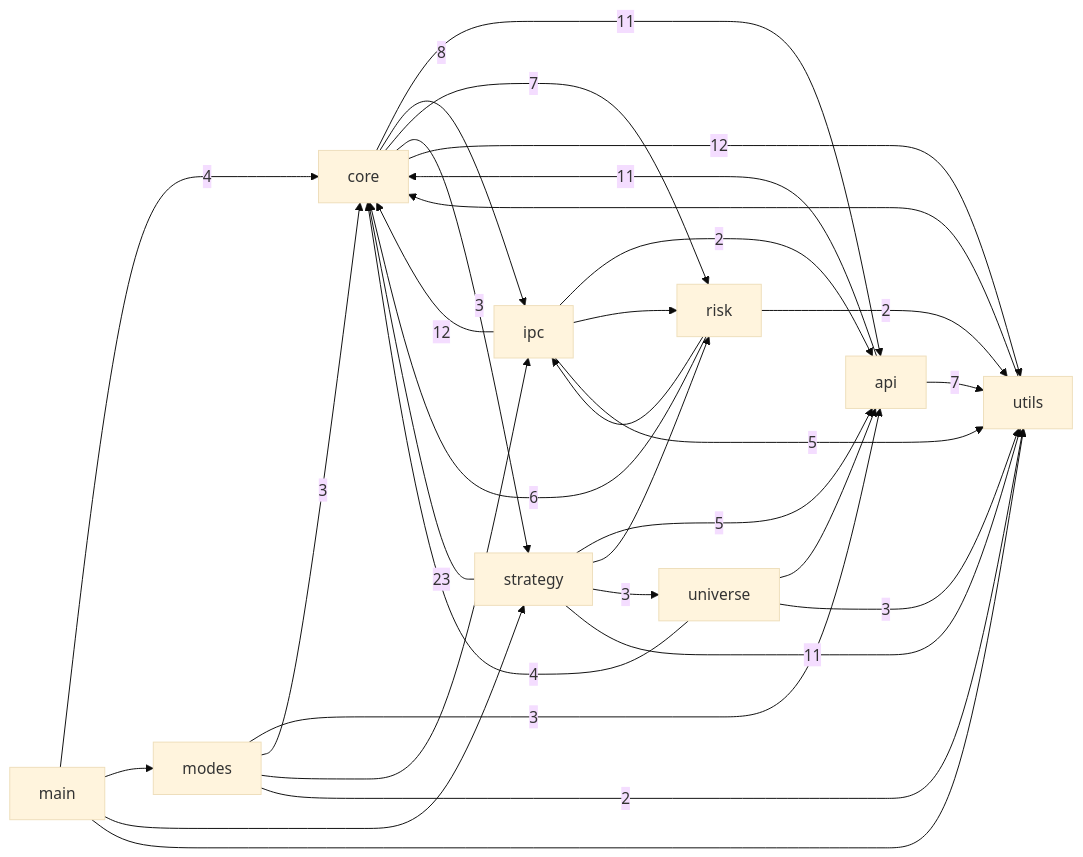
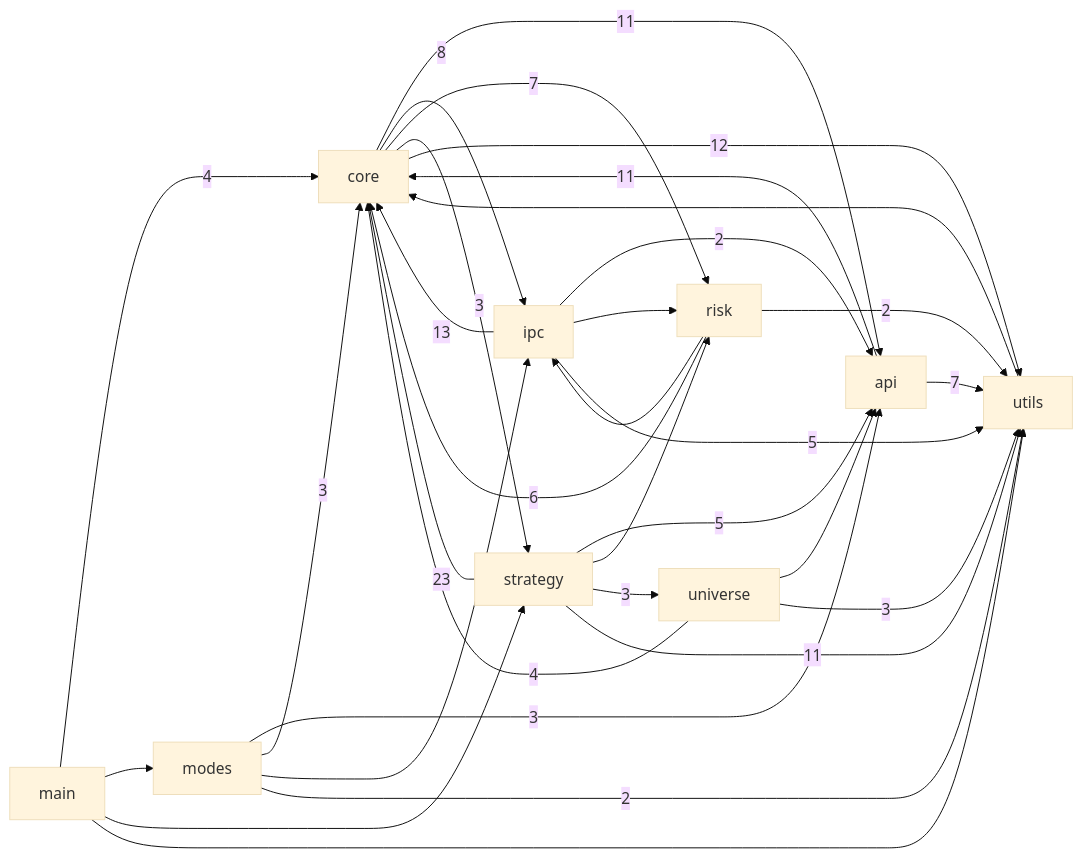
The first of 3 diagrams in docs/CODE_GRAPH.md (pypy8171/Quant), drawn with Mermaid (base theme) before and after one commit. The commit also changed other lines of this file and 8 other files, not shown here.

````diff
--- a/docs/CODE_GRAPH.md
+++ b/docs/CODE_GRAPH.md
@@ -10,43 +10,43 @@
 ```mermaid
 graph LR
   main[main]
   modes[modes]
   core[core]
   strategy[strategy]
   api[api]
   universe[universe]
   risk[risk]
   ipc[ipc]
   utils[utils]
   api -->|11| core
   api -->|7| utils
   core -->|11| api
   core -->|8| ipc
   core -->|7| risk
   core -->|3| strategy
   core -->|12| utils
   ipc -->|2| api
-  ipc -->|12| core
+  ipc -->|13| core
   ipc --> risk
   ipc -->|5| utils
   main -->|4| core
   main --> modes
   main --> strategy
   main --> utils
   modes -->|3| api
   modes -->|3| core
   modes --> ipc
   modes -->|2| utils
   risk -->|6| core
   risk --> ipc
   risk -->|2| utils
   strategy -->|5| api
   strategy -->|23| core
   strategy --> risk
   strategy -->|3| universe
   strategy -->|11| utils
   universe --> api
   universe -->|4| core
   universe -->|3| utils
   utils --> core
 ```
````
